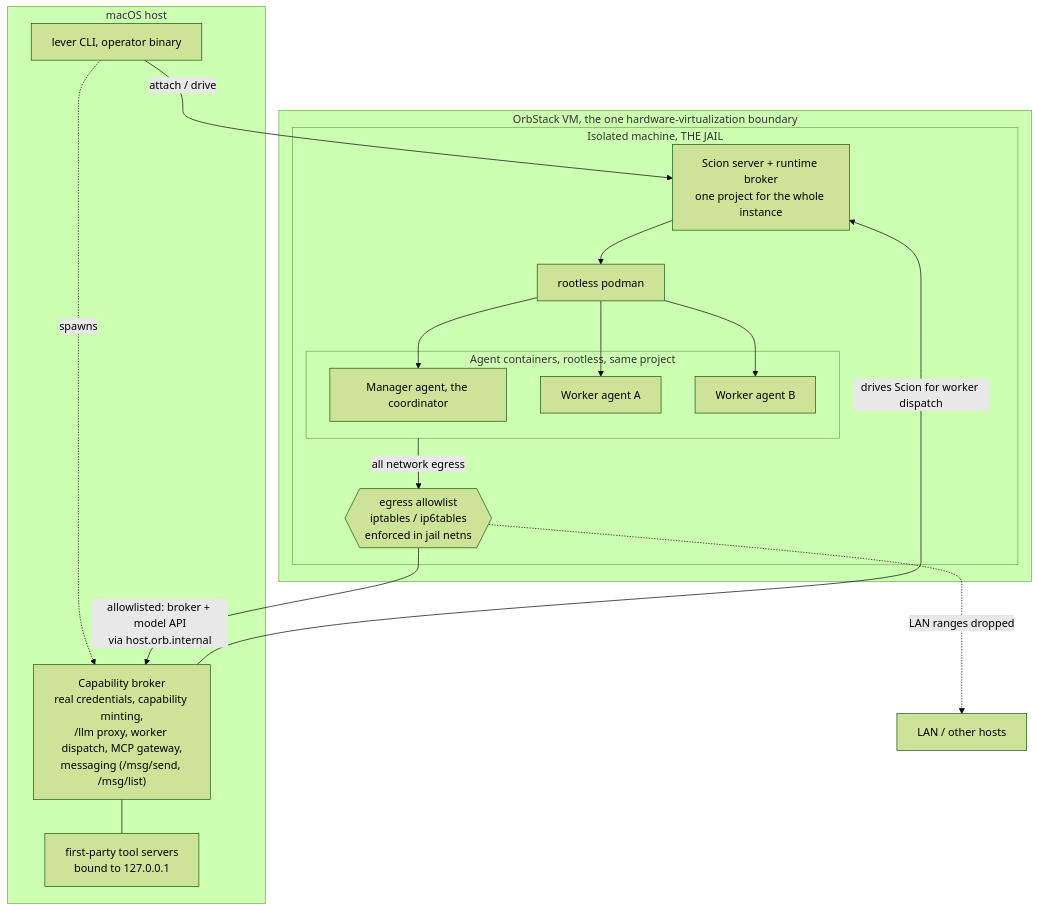
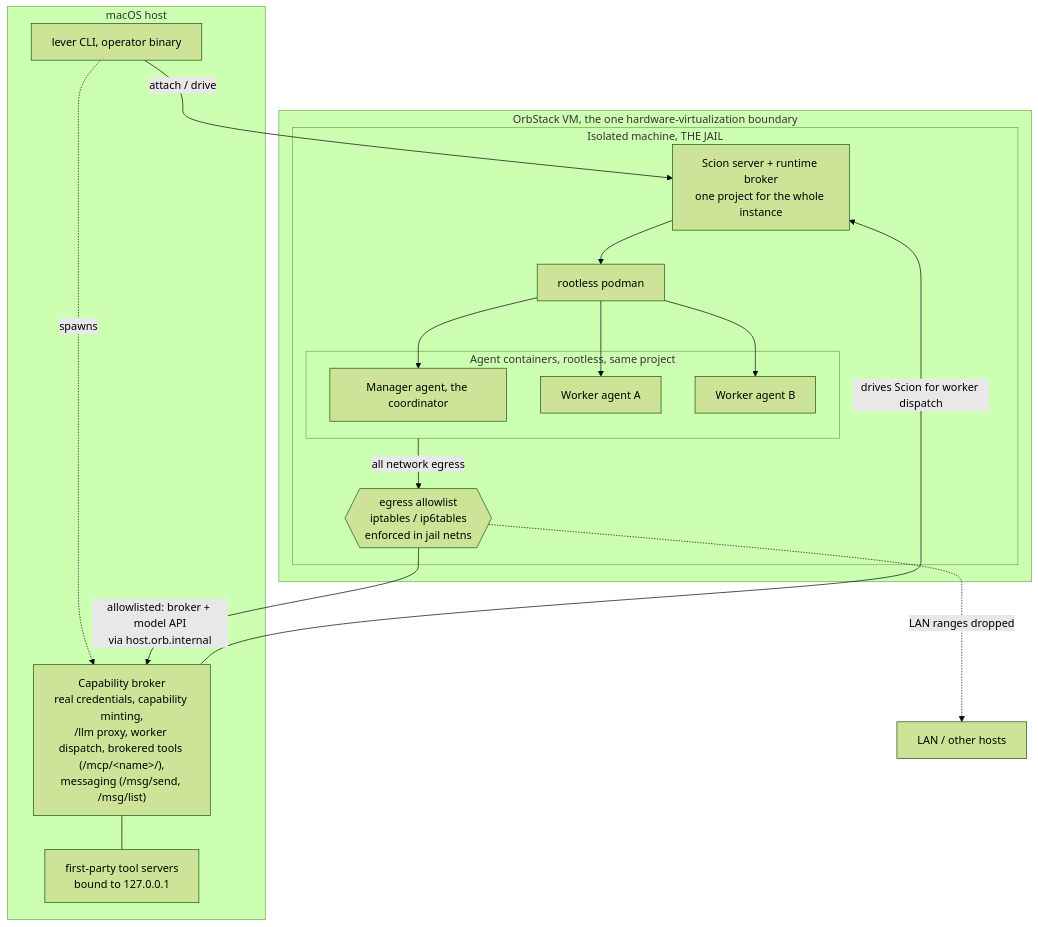
One commit to stevegeek/lever changed the first of 3 diagrams in docs-site/_guides/architecture.md. Above: the diagram before and after it, drawn with Mermaid (forest theme). The commit also changed other lines of this file and 2 other files, not shown here.

````diff
--- a/docs-site/_guides/architecture.md
+++ b/docs-site/_guides/architecture.md
@@ -26,31 +26,31 @@
 ```mermaid
 graph TD
     subgraph host[macOS host]
         L[lever CLI, operator binary]
-        BK["Capability broker<br/>real credentials, capability minting,<br/>/llm proxy, worker dispatch, MCP gateway,<br/>messaging (/msg/send, /msg/list)"]
+        BK["Capability broker<br/>real credentials, capability minting,<br/>/llm proxy, worker dispatch, brokered tools (/mcp/&lt;name&gt;/),<br/>messaging (/msg/send, /msg/list)"]
         MCP[first-party tool servers<br/>bound to 127.0.0.1]
     end
     subgraph vm[OrbStack VM, the one hardware-virtualization boundary]
         subgraph jail[Isolated machine, THE JAIL]
             SS["Scion server + runtime broker<br/>one project for the whole instance"]
             RD[rootless podman]
             FW{{egress allowlist<br/>iptables / ip6tables<br/>enforced in jail netns}}
             subgraph agents[Agent containers, rootless, same project]
                 MGR[Manager agent, the coordinator]
                 WA[Worker agent A]
                 WB[Worker agent B]
             end
         end
     end
     L -->|attach / drive| SS
     L -.->|spawns| BK
     SS --> RD
     RD --> MGR
     RD --> WA
     RD --> WB
     BK --- MCP
     BK -->|drives Scion for worker dispatch| SS
     agents -->|all network egress| FW
     FW -->|"allowlisted: broker + model API<br/>via host.orb.internal"| BK
     FW -.->|LAN ranges dropped| LAN[LAN / other hosts]
 ```
````
